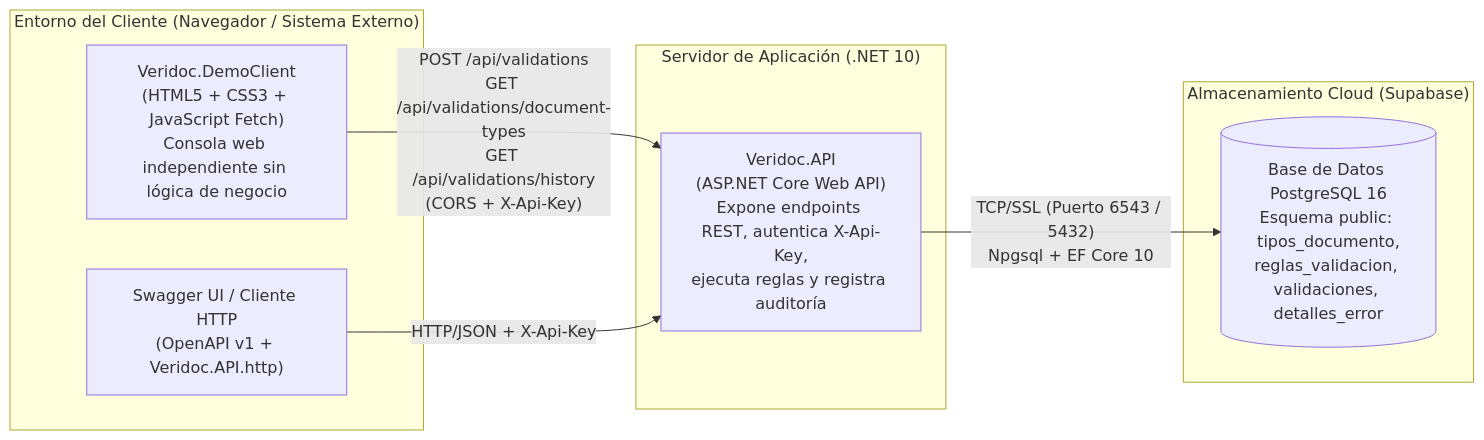
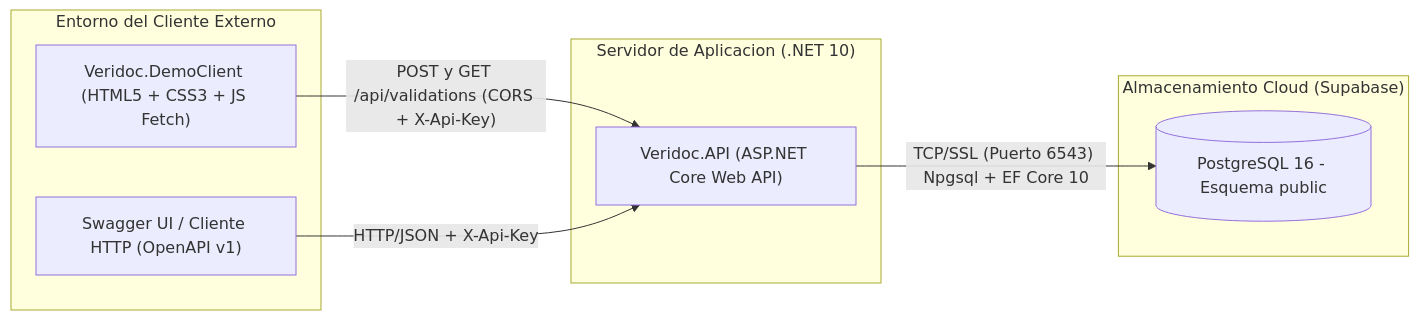
Before and after one commit to Brandom0215/VeriDoc: the second of 5 diagrams in documents/Veridoc_Arquitectura_y_Diagramas.md, drawn with Mermaid. The commit also changed other lines of this file and 13 other files, not shown here.

First line of the commit message:
security(api,docs): harden HTTP pipeline, sanitize inputs, remove dead DTOs, and fix C4 Mermaid syntax

````diff
--- a/documents/Veridoc_Arquitectura_y_Diagramas.md
+++ b/documents/Veridoc_Arquitectura_y_Diagramas.md
@@ -34,19 +34,19 @@
 ```mermaid
 flowchart LR
-    subgraph Cliente ["Entorno del Cliente (Navegador / Sistema Externo)"]
-        DemoUI["Veridoc.DemoClient<br/>(HTML5 + CSS3 + JavaScript Fetch)<br/>Consola web independiente sin lógica de negocio"]
-        SwaggerUI["Swagger UI / Cliente HTTP<br/>(OpenAPI v1 + Veridoc.API.http)"]
+    subgraph Cliente ["Entorno del Cliente Externo"]
+        DemoUI["Veridoc.DemoClient (HTML5 + CSS3 + JS Fetch)"]
+        SwaggerUI["Swagger UI / Cliente HTTP (OpenAPI v1)"]
     end
 
-    subgraph Backend ["Servidor de Aplicación (.NET 10)"]
-        WebApi["Veridoc.API<br/>(ASP.NET Core Web API)<br/>Expone endpoints REST, autentica X-Api-Key,<br/>ejecuta reglas y registra auditoría"]
+    subgraph Backend ["Servidor de Aplicacion (.NET 10)"]
+        WebApi["Veridoc.API (ASP.NET Core Web API)"]
     end
 
     subgraph CloudDB ["Almacenamiento Cloud (Supabase)"]
-        Postgres[("Base de Datos PostgreSQL 16<br/>Esquema public: tipos_documento,<br/>reglas_validacion, validaciones, detalles_error")]
+        Postgres[("PostgreSQL 16 - Esquema public")]
     end
 
-    DemoUI -->|"POST /api/validations<br/>GET /api/validations/document-types<br/>GET /api/validations/history<br/>(CORS + X-Api-Key)"| WebApi
+    DemoUI -->|"POST y GET /api/validations (CORS + X-Api-Key)"| WebApi
     SwaggerUI -->|"HTTP/JSON + X-Api-Key"| WebApi
-    WebApi -->|"TCP/SSL (Puerto 6543 / 5432)<br/>Npgsql + EF Core 10"| Postgres
+    WebApi -->|"TCP/SSL (Puerto 6543) Npgsql + EF Core 10"| Postgres
 ```
````
